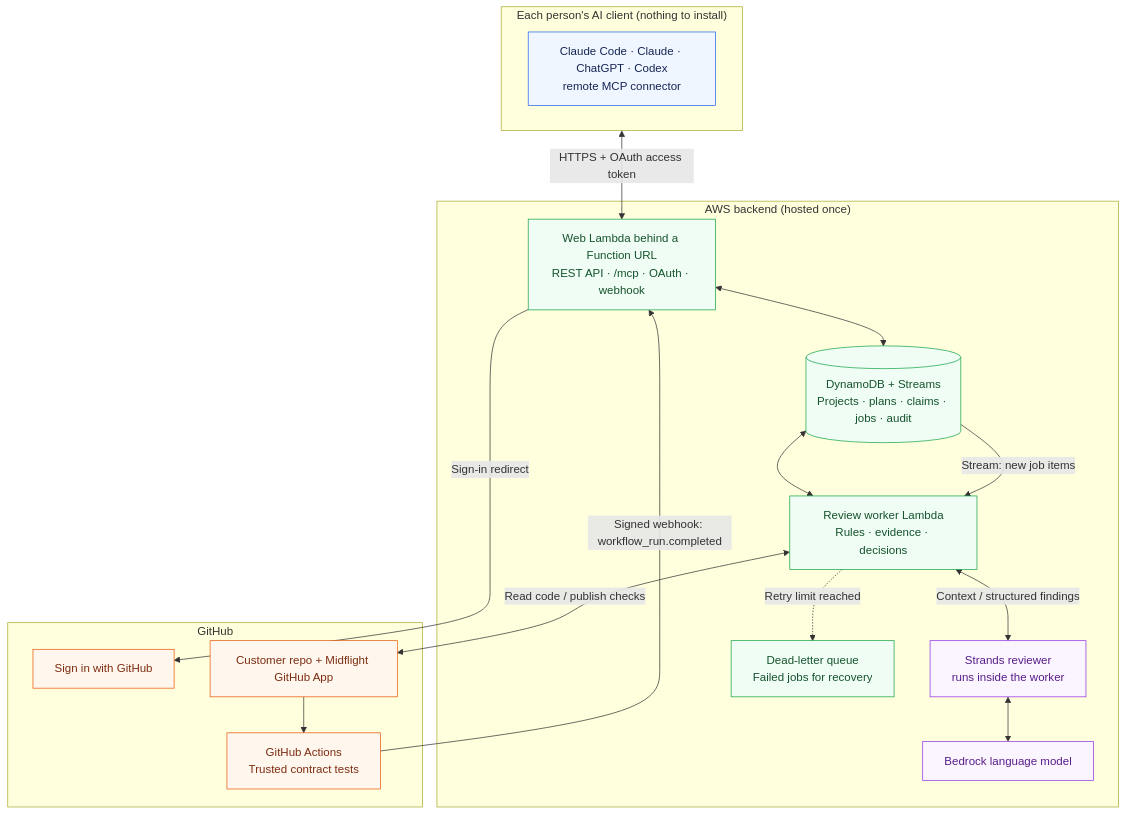
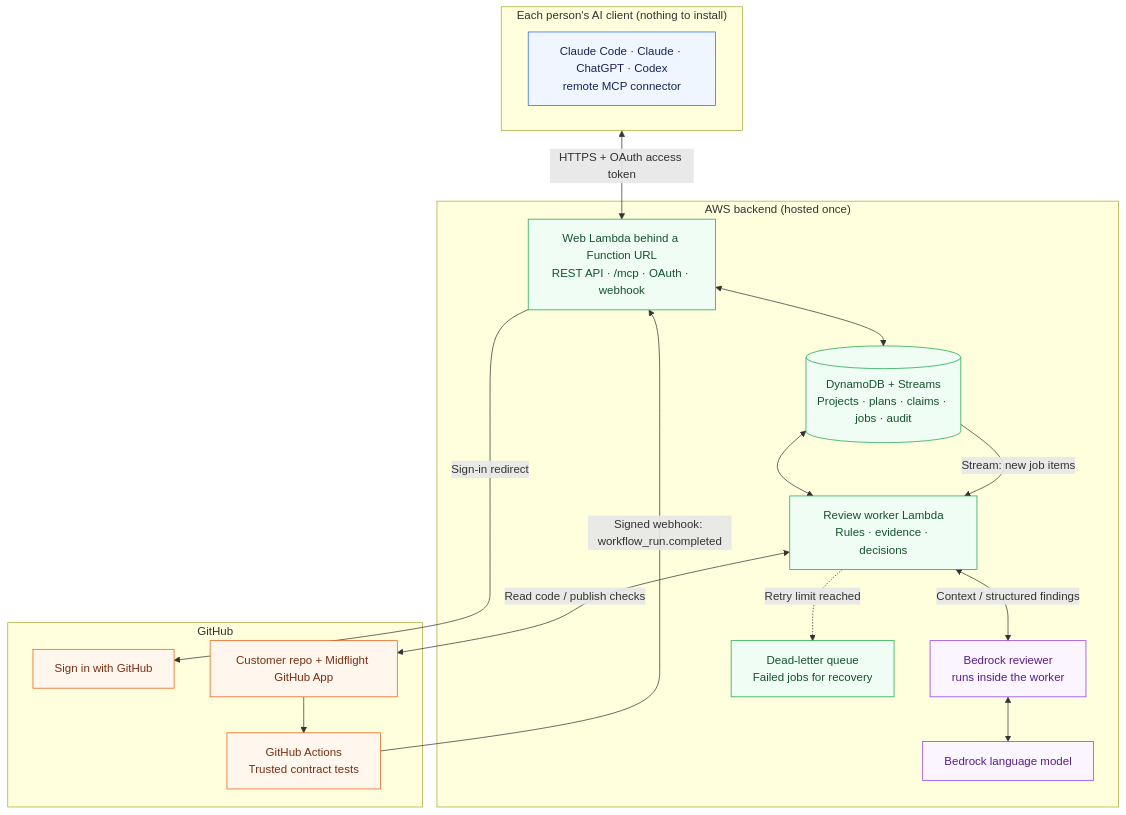
The first of 3 diagrams in docs/architecture.md (MidFlightt/MidFlight), drawn with Mermaid before and after one commit. The commit also changed other lines of this file and 13 other files, not shown here.

````diff
--- a/docs/architecture.md
+++ b/docs/architecture.md
@@ -12,44 +12,44 @@
 ```mermaid
 flowchart TB
     subgraph CLIENTS["Each person's AI client (nothing to install)"]
         direction LR
         Agents["Claude Code · Claude · ChatGPT · Codex<br/>remote MCP connector"]
     end
 
     subgraph AWS["AWS backend (hosted once)"]
         Web["Web Lambda behind a Function URL<br/>REST API · /mcp · OAuth · webhook"]
         DB[("DynamoDB + Streams<br/>Projects · plans · claims · jobs · audit")]
         Worker["Review worker Lambda<br/>Rules · evidence · decisions"]
-        Reviewer["Strands reviewer<br/>runs inside the worker"]
+        Reviewer["Bedrock reviewer<br/>runs inside the worker"]
         Model["Bedrock language model"]
         Failed["Dead-letter queue<br/>Failed jobs for recovery"]
 
         Web <--> DB
         DB -->|"Stream: new job items"| Worker
         Worker -.->|"Retry limit reached"| Failed
         Worker <--> DB
         Worker <-->|"Context / structured findings"| Reviewer
         Reviewer <--> Model
     end
 
     subgraph GITHUB["GitHub"]
         Login["Sign in with GitHub"]
         Repo["Customer repo + Midflight GitHub App"]
         CI["GitHub Actions<br/>Trusted contract tests"]
         Repo --> CI
     end
 
     Agents <-->|"HTTPS + OAuth access token"| Web
     Web -->|"Sign-in redirect"| Login
     CI -->|"Signed webhook: workflow_run.completed"| Web
     Worker <-->|"Read code / publish checks"| Repo
 
     classDef client fill:#eff6ff,stroke:#2563eb,color:#172554;
     classDef service fill:#f0fdf4,stroke:#16a34a,color:#14532d;
     classDef reasoning fill:#faf5ff,stroke:#9333ea,color:#581c87;
     classDef evidence fill:#fff7ed,stroke:#ea580c,color:#7c2d12;
     class Agents client;
     class Web,DB,Worker,Failed service;
     class Reviewer,Model reasoning;
     class Login,Repo,CI evidence;
 ```
````
